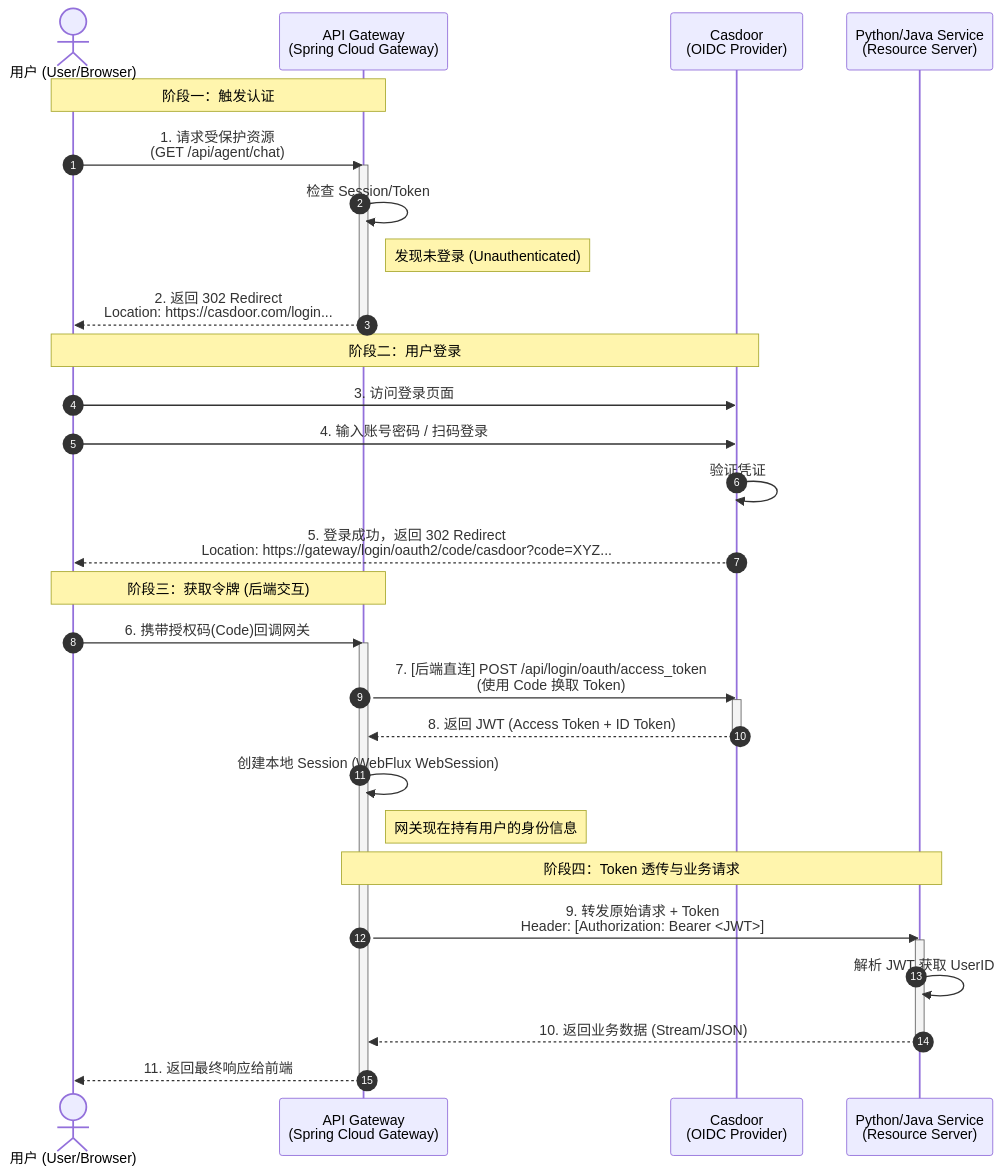
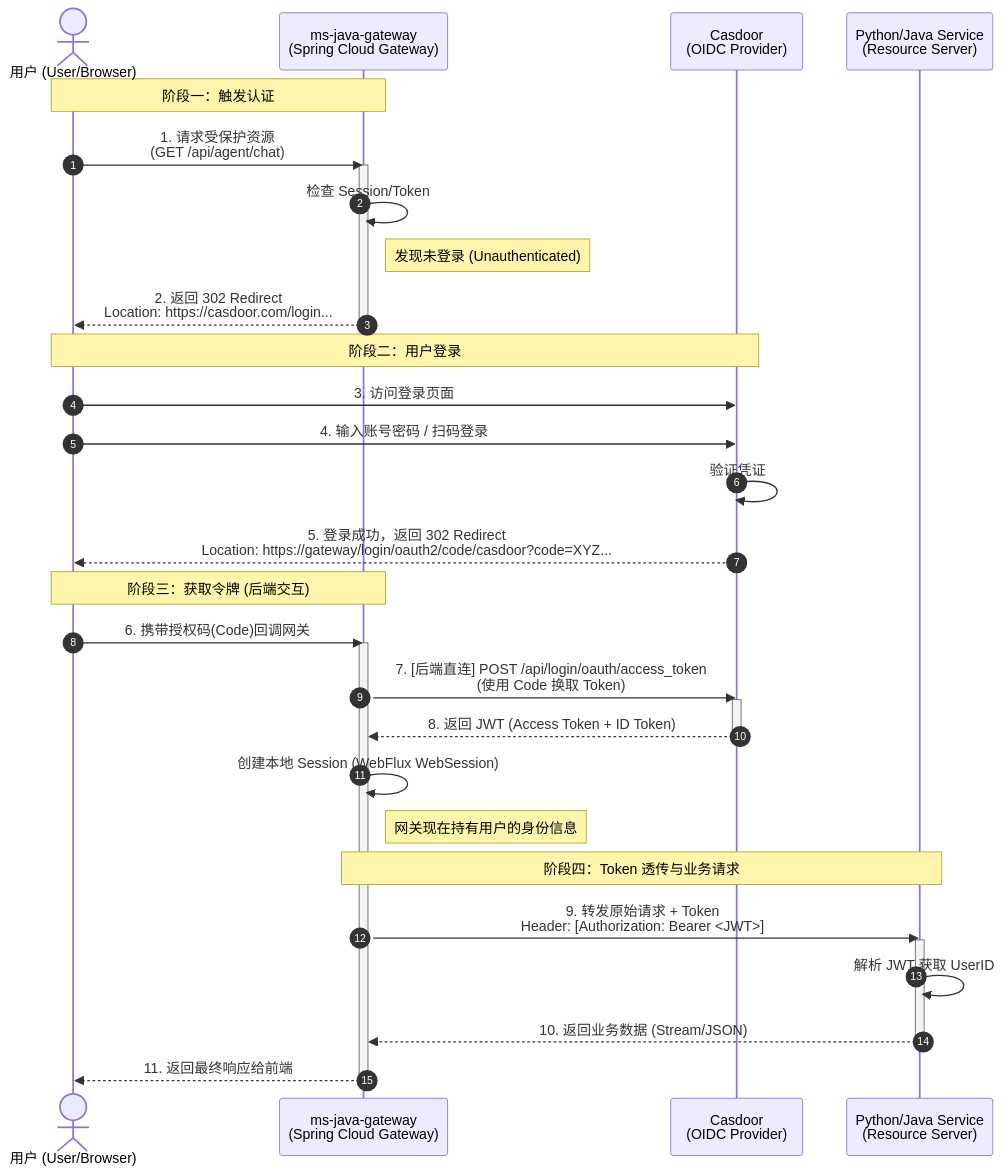
One commit to tianyaqpzm/ms-java-gateway changed the second of 7 diagrams in README.md. Above: the diagram before and after it, drawn with Mermaid. The commit also changed other lines of this file and 8 other files, not shown here.

First line of the commit message:
feat: rename project and service artifacts to ms-java-gateway and update routing configurations (#12)

````diff
--- a/README.md
+++ b/README.md
@@ -91,45 +92,45 @@
 ```Mermaid
 sequenceDiagram
     autonumber
     actor User as 用户 (User/Browser)
-    participant GW as API Gateway<br>(Spring Cloud Gateway)
+    participant GW as ms-java-gateway<br>(Spring Cloud Gateway)
     participant IDP as Casdoor<br>(OIDC Provider)
     participant Backend as Python/Java Service<br>(Resource Server)
 
     Note over User, GW: 阶段一：触发认证
     User->>GW: 1. 请求受保护资源<br>(GET /api/agent/chat)
     
     activate GW
     GW->>GW: 检查 Session/Token
     Note right of GW: 发现未登录 (Unauthenticated)
     GW-->>User: 2. 返回 302 Redirect<br>Location: https://casdoor.com/login...
     deactivate GW
 
     Note over User, IDP: 阶段二：用户登录
     User->>IDP: 3. 访问登录页面
     User->>IDP: 4. 输入账号密码 / 扫码登录
     IDP->>IDP: 验证凭证
     IDP-->>User: 5. 登录成功，返回 302 Redirect<br>Location: https://gateway/login/oauth2/code/casdoor?code=XYZ...
 
     Note over User, GW: 阶段三：获取令牌 (后端交互)
     User->>GW: 6. 携带授权码(Code)回调网关
     
     activate GW
     GW->>IDP: 7. [后端直连] POST /api/login/oauth/access_token<br>(使用 Code 换取 Token)
     activate IDP
     IDP-->>GW: 8. 返回 JWT (Access Token + ID Token)
     deactivate IDP
     
     GW->>GW: 创建本地 Session (WebFlux WebSession)
     Note right of GW: 网关现在持有用户的身份信息
 
     Note over GW, Backend: 阶段四：Token 透传与业务请求
     GW->>Backend: 9. 转发原始请求 + Token<br>Header: [Authorization: Bearer <JWT>]
     activate Backend
     Backend->>Backend: 解析 JWT 获取 UserID
     Backend-->>GW: 10. 返回业务数据 (Stream/JSON)
     deactivate Backend
     
     GW-->>User: 11. 返回最终响应给前端
     deactivate GW
 ```
````
